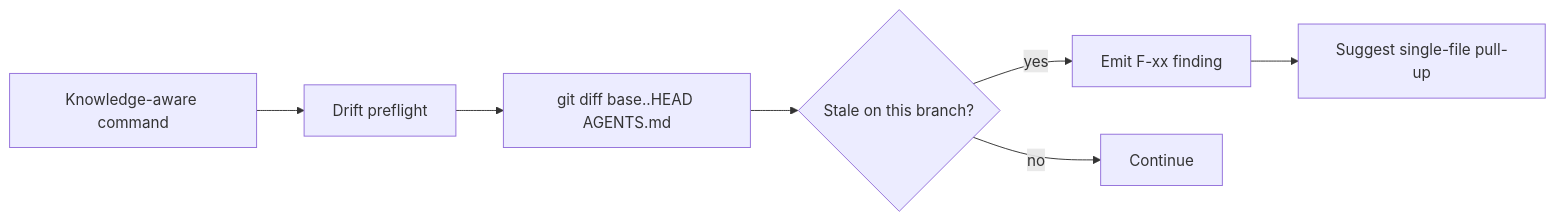
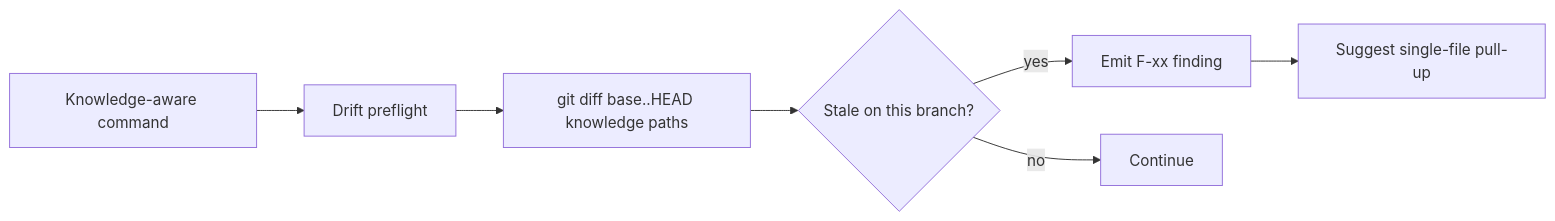
The second of 2 diagrams in docusaurus/knowledge/index.md (palaeologic/opencode-conductor), drawn with Mermaid before and after one commit. The commit also changed other lines of this file and 32 other files, not shown here.

````diff
--- a/docusaurus/knowledge/index.md
+++ b/docusaurus/knowledge/index.md
@@ -120,9 +123,9 @@
 ```mermaid
 flowchart LR
   Run[Knowledge-aware command] --> Drift[Drift preflight]
-  Drift --> Diff[git diff base..HEAD AGENTS.md]
+  Drift --> Diff[git diff base..HEAD knowledge paths]
   Diff --> Stale{Stale on this branch?}
   Stale -- yes --> Find[Emit F-xx finding]
   Stale -- no --> Ok[Continue]
   Find --> Suggest[Suggest single-file pull-up]
 ```
````
